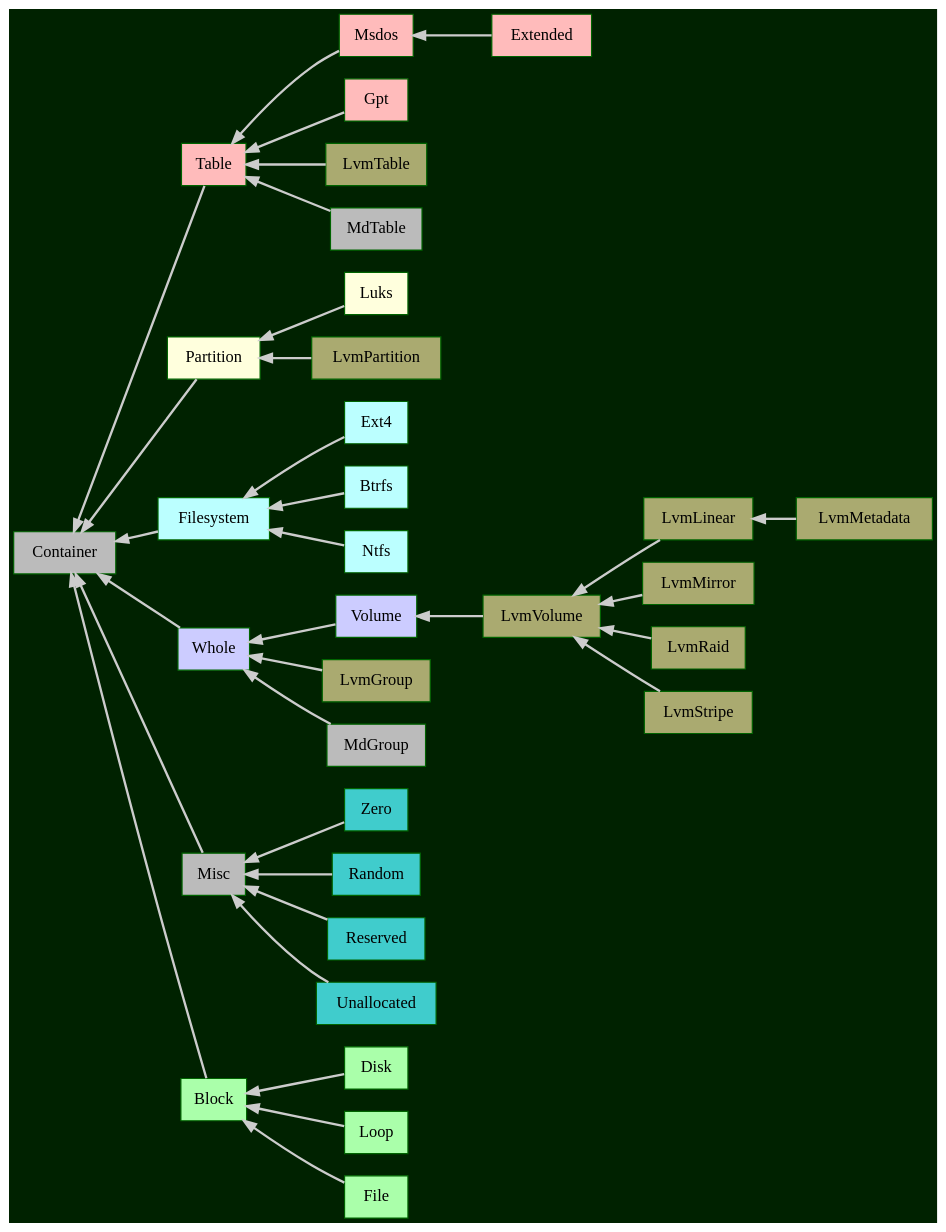
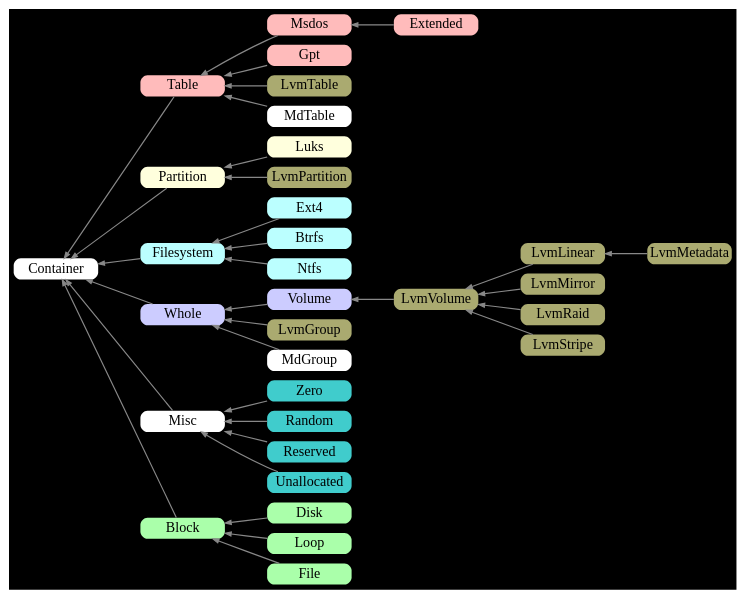
The diagram in gfx/class_dparted2.gv (flatcap/dparted), drawn with Graphviz before and after one commit. The commit also changed 4 other files, not shown here.

```diff
--- a/gfx/class_dparted2.gv
+++ b/gfx/class_dparted2.gv
@@ -1,88 +1,105 @@
 digraph G
 {
-	graph [ rankdir="RL" ];
-	node  [ shape=record, style=filled ];
-	edge  [ penwidth=2.0 ];
+	graph [
+		rankdir="RL"
+		bgcolor=black
+		color=white
+		nodesep=0.1
+		ranksep=0.5
+	];
 
-	graph [ bgcolor="#002200", color=white ];
-	node  [ fillcolor="#bbbbbb", color=darkgreen ];
-	edge  [ color="#cccccc" ];
+	node [
+		shape=Mrecord
+		fontsize=12
+		style=filled
+		color=white
+		width="1.0"
+		height="0.25"
+		fixedsize=true
+		penwidth=0
+	];
+
+	edge [
+		penwidth=1.0
+		color="#888888"
+		arrowsize=0.5
+	];
 
 	Block [ fillcolor="#aaffaa" ];
 	Disk  [ fillcolor="#aaffaa" ];
 	Loop  [ fillcolor="#aaffaa" ];
 	File  [ fillcolor="#aaffaa" ];
 
 	Table    [ fillcolor="#ffbbbb" ];
 	Msdos    [ fillcolor="#ffbbbb" ];
 	Extended [ fillcolor="#ffbbbb" ];
 	Gpt      [ fillcolor="#ffbbbb" ];
 
 	Partition [ fillcolor="#ffffdd" ];
 	Luks      [ fillcolor="#ffffdd" ];
 
 	Filesystem [ fillcolor="#bbffff" ];
 	Ext4       [ fillcolor="#bbffff" ];
 	Btrfs      [ fillcolor="#bbffff" ];
 	Ntfs       [ fillcolor="#bbffff" ];
 
 	Whole  [ fillcolor="#ccccff" ];
 	Volume [ fillcolor="#ccccff" ];
 
 	LvmGroup     [ fillcolor="#aaaa70" ];
 	LvmLinear    [ fillcolor="#aaaa70" ];
 	LvmMetadata  [ fillcolor="#aaaa70" ];
 	LvmMirror    [ fillcolor="#aaaa70" ];
 	LvmPartition [ fillcolor="#aaaa70" ];
 	LvmRaid      [ fillcolor="#aaaa70" ];
 	LvmStripe    [ fillcolor="#aaaa70" ];
 	LvmTable     [ fillcolor="#aaaa70" ];
 	LvmVolume    [ fillcolor="#aaaa70" ];
 
 	Zero        [ fillcolor="#40cccc" ];
 	Random      [ fillcolor="#40cccc" ];
 	Reserved    [ fillcolor="#40cccc" ];
 	Unallocated [ fillcolor="#40cccc" ];
 
 	Disk         -> Block;
 	File         -> Block;
 	Loop         -> Block;
 
 	Block        -> Container;
 	Filesystem   -> Container;
 	Misc         -> Container;
 	Partition    -> Container;
 	Table        -> Container;
 	Whole        -> Container;
 
 	LvmMetadata  -> LvmLinear;
 	LvmLinear    -> LvmVolume;
 	LvmMirror    -> LvmVolume;
 	LvmRaid      -> LvmVolume;
 	LvmStripe    -> LvmVolume;
 
 	Extended     -> Msdos;
 
 	LvmPartition -> Partition;
 	Luks         -> Partition;
 
 	Gpt          -> Table;
 	LvmTable     -> Table;
 	MdTable      -> Table;
 	Msdos        -> Table;
 
 	LvmVolume    -> Volume;
 
 	LvmGroup     -> Whole;
 	MdGroup      -> Whole;
 	Volume       -> Whole;
 
 	Ext4        -> Filesystem;
 	Btrfs       -> Filesystem;
 	Ntfs        -> Filesystem;
 
 	Zero        -> Misc;
 	Random      -> Misc;
 	Reserved    -> Misc;
 	Unallocated -> Misc;
 }
```
